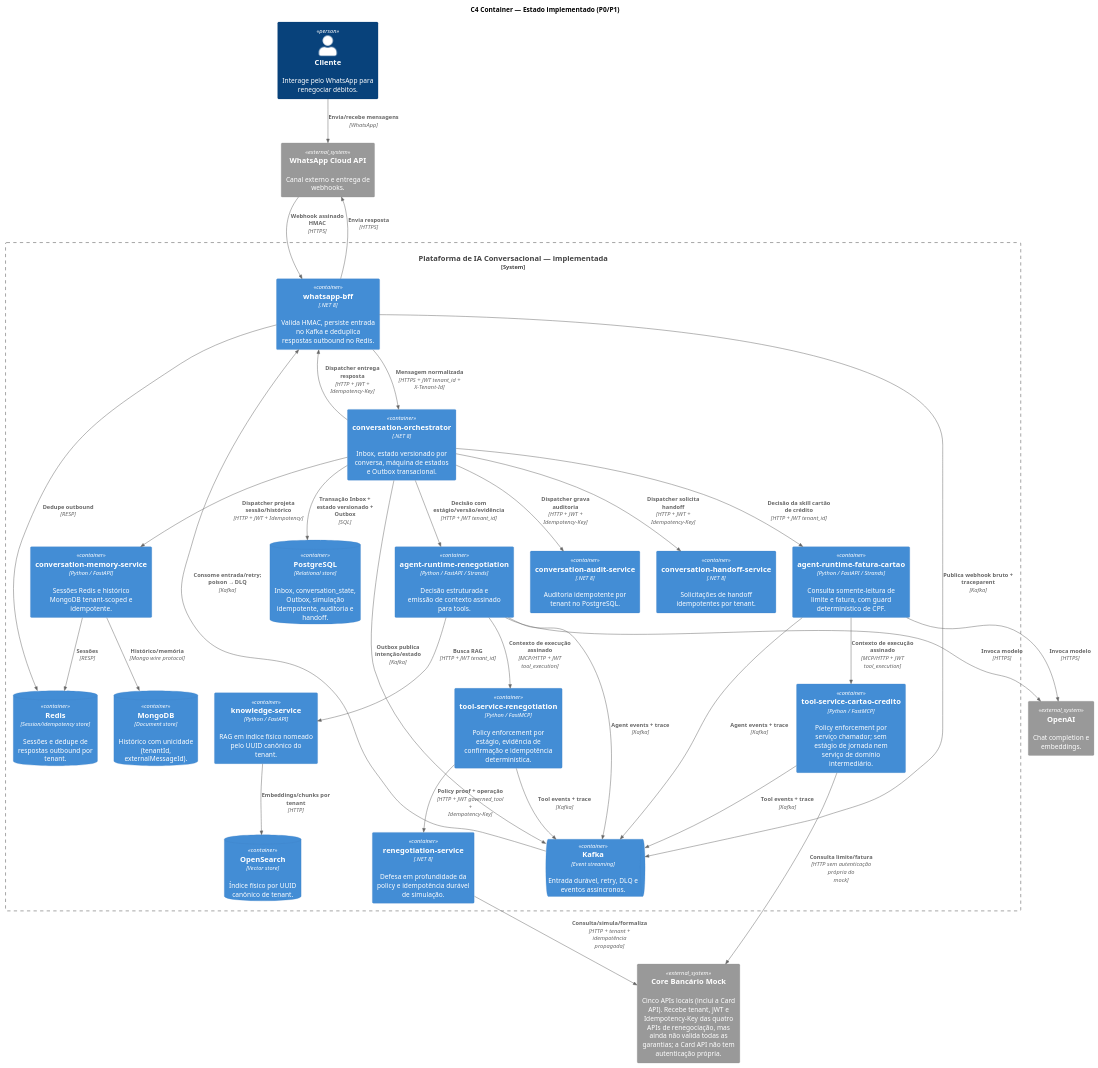
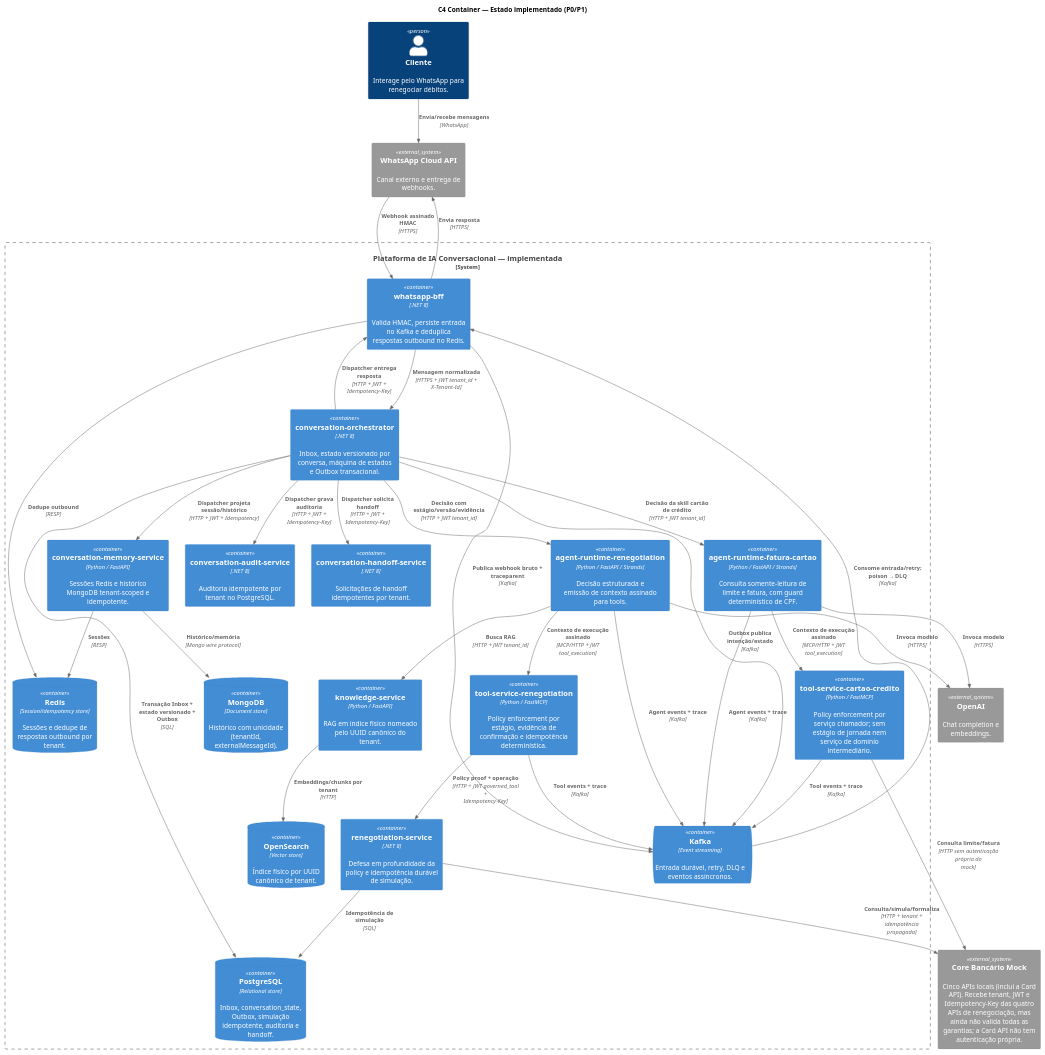
The diagram in docs/architecture/C4/c4-container-current.puml (leandrosflora/conversational-ai-platform-architecture), drawn with PlantUML before and after one commit. The commit also changed 2 other files, not shown here.

Commit message:
docs: add renegotiation-service's Postgres idempotency store to the C4 diagram
Group 4 of the sync-docs-with-implementation audit. Re-verified
business-context.md, c4-context.md, sequence-diagrams.md, and runbook.md
against the findings from groups 1-3 - all four were already accurate
(runbook and business-context had been updated in the prior fatura-cartao
doc pass, and sequence-diagrams.md's Inbox/Outbox description was already
current even though conversation-orchestrator.md's own page had drifted
from it).

The one real gap: the container diagram's PostgreSQL box already listed
"simulação idempotente" as one of its contents, but no Rel(renegotiation,
postgres, ...) arrow actually drew that relationship - renegotiation-service
appeared to only talk to the Core Bancário mock. Added the missing
relationship and regenerated c4-container.svg/png via dockerized PlantUML.

```diff
--- a/docs/architecture/C4/c4-container-current.puml
+++ b/docs/architecture/C4/c4-container-current.puml
@@ -1,62 +1,63 @@
 @startuml
 !include <C4/C4_Container>
 
 title C4 Container — Estado implementado (P0/P1)
 
 Person(customer, "Cliente", "Interage pelo WhatsApp para renegociar débitos.")
 System_Ext(whatsapp, "WhatsApp Cloud API", "Canal externo e entrega de webhooks.")
 System_Ext(openai, "OpenAI", "Chat completion e embeddings.")
 System_Ext(coreMock, "Core Bancário Mock", "Cinco APIs locais (inclui a Card API). Recebe tenant, JWT e Idempotency-Key das quatro APIs de renegociação, mas ainda não valida todas as garantias; a Card API não tem autenticação própria.")
 
 System_Boundary(platform, "Plataforma de IA Conversacional — implementada") {
   Container(channelBff, "whatsapp-bff", ".NET 8", "Valida HMAC, persiste entrada no Kafka e deduplica respostas outbound no Redis.")
   Container(orchestrator, "conversation-orchestrator", ".NET 8", "Inbox, estado versionado por conversa, máquina de estados e Outbox transacional.")
   Container(agentRuntime, "agent-runtime-renegotiation", "Python / FastAPI / Strands", "Decisão estruturada e emissão de contexto assinado para tools.")
   Container(toolService, "tool-service-renegotiation", "Python / FastMCP", "Policy enforcement por estágio, evidência de confirmação e idempotência determinística.")
   Container(renegotiation, "renegotiation-service", ".NET 8", "Defesa em profundidade da policy e idempotência durável de simulação.")
   Container(agentRuntimeCartao, "agent-runtime-fatura-cartao", "Python / FastAPI / Strands", "Consulta somente-leitura de limite e fatura, com guard determinístico de CPF.")
   Container(toolServiceCartao, "tool-service-cartao-credito", "Python / FastMCP", "Policy enforcement por serviço chamador; sem estágio de jornada nem serviço de domínio intermediário.")
   Container(knowledge, "knowledge-service", "Python / FastAPI", "RAG em índice físico nomeado pelo UUID canônico do tenant.")
   Container(memory, "conversation-memory-service", "Python / FastAPI", "Sessões Redis e histórico MongoDB tenant-scoped e idempotente.")
   Container(audit, "conversation-audit-service", ".NET 8", "Auditoria idempotente por tenant no PostgreSQL.")
   Container(handoff, "conversation-handoff-service", ".NET 8", "Solicitações de handoff idempotentes por tenant.")
 
   ContainerDb(redis, "Redis", "Session/idempotency store", "Sessões e dedupe de respostas outbound por tenant.")
   ContainerDb(mongo, "MongoDB", "Document store", "Histórico com unicidade (tenantId, externalMessageId).")
   ContainerDb(postgres, "PostgreSQL", "Relational store", "Inbox, conversation_state, Outbox, simulação idempotente, auditoria e handoff.")
   ContainerDb(opensearch, "OpenSearch", "Vector store", "Índice físico por UUID canônico de tenant.")
   ContainerQueue(kafka, "Kafka", "Event streaming", "Entrada durável, retry, DLQ e eventos assíncronos.")
 }
 
 Rel(customer, whatsapp, "Envia/recebe mensagens", "WhatsApp")
 Rel(whatsapp, channelBff, "Webhook assinado HMAC", "HTTPS")
 Rel(channelBff, kafka, "Publica webhook bruto + traceparent", "Kafka")
 Rel(kafka, channelBff, "Consome entrada/retry; poison → DLQ", "Kafka")
 Rel(channelBff, orchestrator, "Mensagem normalizada", "HTTPS + JWT tenant_id + X-Tenant-Id")
 Rel(orchestrator, postgres, "Transação Inbox + estado versionado + Outbox", "SQL")
 Rel(orchestrator, agentRuntime, "Decisão com estágio/versão/evidência", "HTTP + JWT tenant_id")
 Rel(agentRuntime, openai, "Invoca modelo", "HTTPS")
 Rel(agentRuntime, knowledge, "Busca RAG", "HTTP + JWT tenant_id")
 Rel(agentRuntime, toolService, "Contexto de execução assinado", "MCP/HTTP + JWT tool_execution")
 Rel(toolService, renegotiation, "Policy proof + operação", "HTTP + JWT governed_tool + Idempotency-Key")
 Rel(renegotiation, coreMock, "Consulta/simula/formaliza", "HTTP + tenant + idempotência propagada")
+Rel(renegotiation, postgres, "Idempotência de simulação", "SQL")
 Rel(orchestrator, agentRuntimeCartao, "Decisão da skill cartão de crédito", "HTTP + JWT tenant_id")
 Rel(agentRuntimeCartao, openai, "Invoca modelo", "HTTPS")
 Rel(agentRuntimeCartao, toolServiceCartao, "Contexto de execução assinado", "MCP/HTTP + JWT tool_execution")
 Rel(toolServiceCartao, coreMock, "Consulta limite/fatura", "HTTP sem autenticação própria do mock")
 Rel(orchestrator, memory, "Dispatcher projeta sessão/histórico", "HTTP + JWT + Idempotency")
 Rel(orchestrator, audit, "Dispatcher grava auditoria", "HTTP + JWT + Idempotency-Key")
 Rel(orchestrator, handoff, "Dispatcher solicita handoff", "HTTP + JWT + Idempotency-Key")
 Rel(orchestrator, channelBff, "Dispatcher entrega resposta", "HTTP + JWT + Idempotency-Key")
 Rel(channelBff, redis, "Dedupe outbound", "RESP")
 Rel(memory, redis, "Sessões", "RESP")
 Rel(memory, mongo, "Histórico/memória", "Mongo wire protocol")
 Rel(knowledge, opensearch, "Embeddings/chunks por tenant", "HTTP")
 Rel(orchestrator, kafka, "Outbox publica intenção/estado", "Kafka")
 Rel(agentRuntime, kafka, "Agent events + trace", "Kafka")
 Rel(toolService, kafka, "Tool events + trace", "Kafka")
 Rel(agentRuntimeCartao, kafka, "Agent events + trace", "Kafka")
 Rel(toolServiceCartao, kafka, "Tool events + trace", "Kafka")
 Rel(channelBff, whatsapp, "Envia resposta", "HTTPS")
 
 @enduml
```
